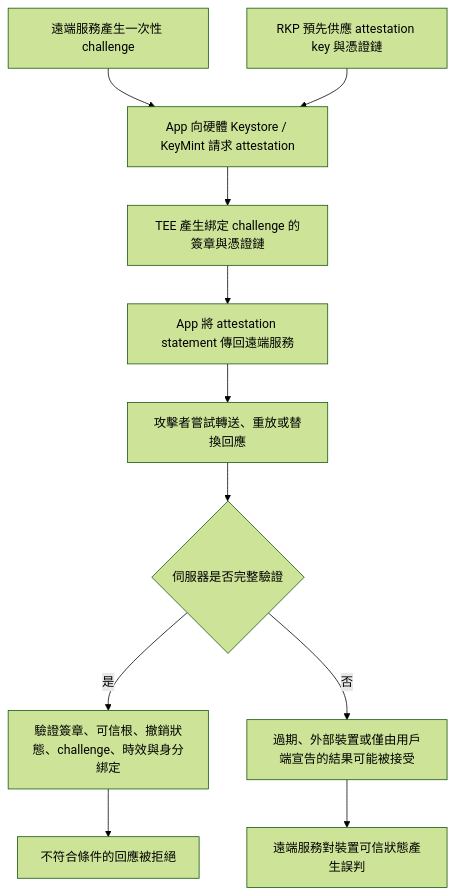
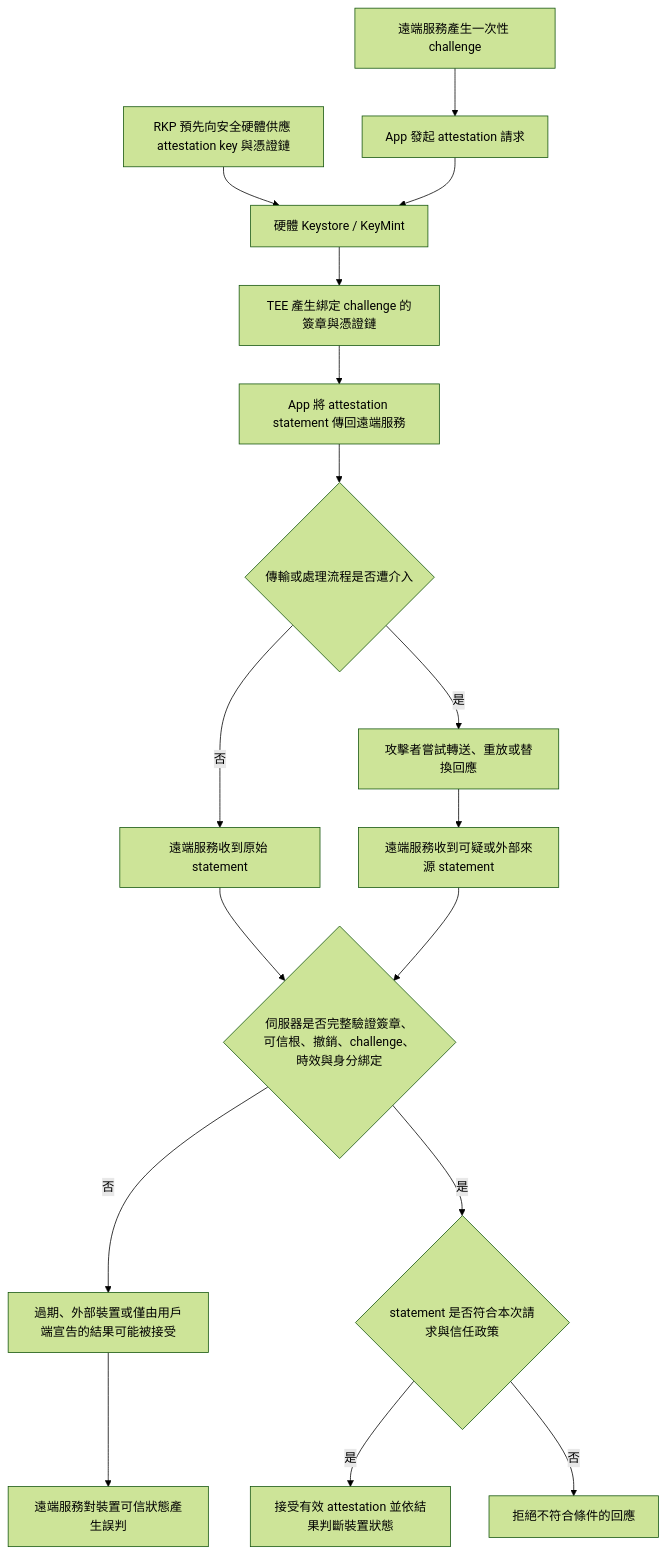
Before and after one commit to lokey0905/rootWithoutUnlockBootloaderList: the second of 7 diagrams in README.md, drawn with Mermaid (forest theme). The commit also changed other lines of this file and 1 other file, not shown here.

````diff
--- a/README.md
+++ b/README.md
@@ -363,13 +386,19 @@
 ```mermaid
 flowchart TD
-    A["遠端服務產生一次性 challenge"] --> B["App 向硬體 Keystore / KeyMint 請求 attestation"]
-    R["RKP 預先供應 attestation key 與憑證鏈"] --> B
-    B --> C["TEE 產生綁定 challenge 的簽章與憑證鏈"]
+    A["遠端服務產生一次性 challenge"] --> B["App 發起 attestation 請求"]
+    R["RKP 預先向安全硬體供應 attestation key 與憑證鏈"] --> K["硬體 Keystore / KeyMint"]
+    B --> K
+    K --> C["TEE 產生綁定 challenge 的簽章與憑證鏈"]
     C --> D["App 將 attestation statement 傳回遠端服務"]
-    D --> E["攻擊者嘗試轉送、重放或替換回應"]
-    E --> F{"伺服器是否完整驗證"}
-    F -->|"是"| G["驗證簽章、可信根、撤銷狀態、challenge、時效與身分綁定"]
-    G --> H["不符合條件的回應被拒絕"]
-    F -->|"否"| I["過期、外部裝置或僅由用戶端宣告的結果可能被接受"]
-    I --> J["遠端服務對裝置可信狀態產生誤判"]
+    D --> E{"傳輸或處理流程是否遭介入"}
+    E -->|"否"| F["遠端服務收到原始 statement"]
+    E -->|"是"| G["攻擊者嘗試轉送、重放或替換回應"]
+    G --> H["遠端服務收到可疑或外部來源 statement"]
+    F --> I{"伺服器是否完整驗證簽章、可信根、撤銷、challenge、時效與身分綁定"}
+    H --> I
+    I -->|"否"| J["過期、外部裝置或僅由用戶端宣告的結果可能被接受"]
+    J --> L["遠端服務對裝置可信狀態產生誤判"]
+    I -->|"是"| M{"statement 是否符合本次請求與信任政策"}
+    M -->|"是"| N["接受有效 attestation 並依結果判斷裝置狀態"]
+    M -->|"否"| O["拒絕不符合條件的回應"]
 ```
````
